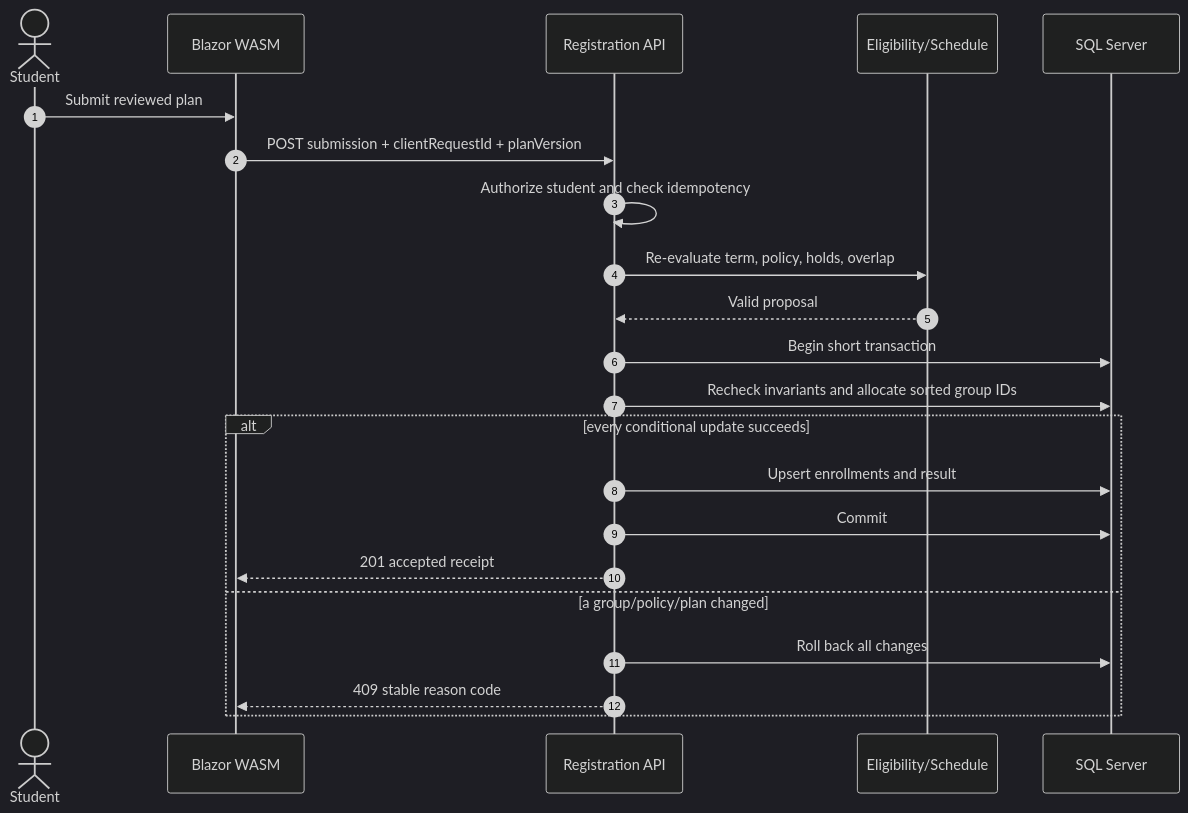
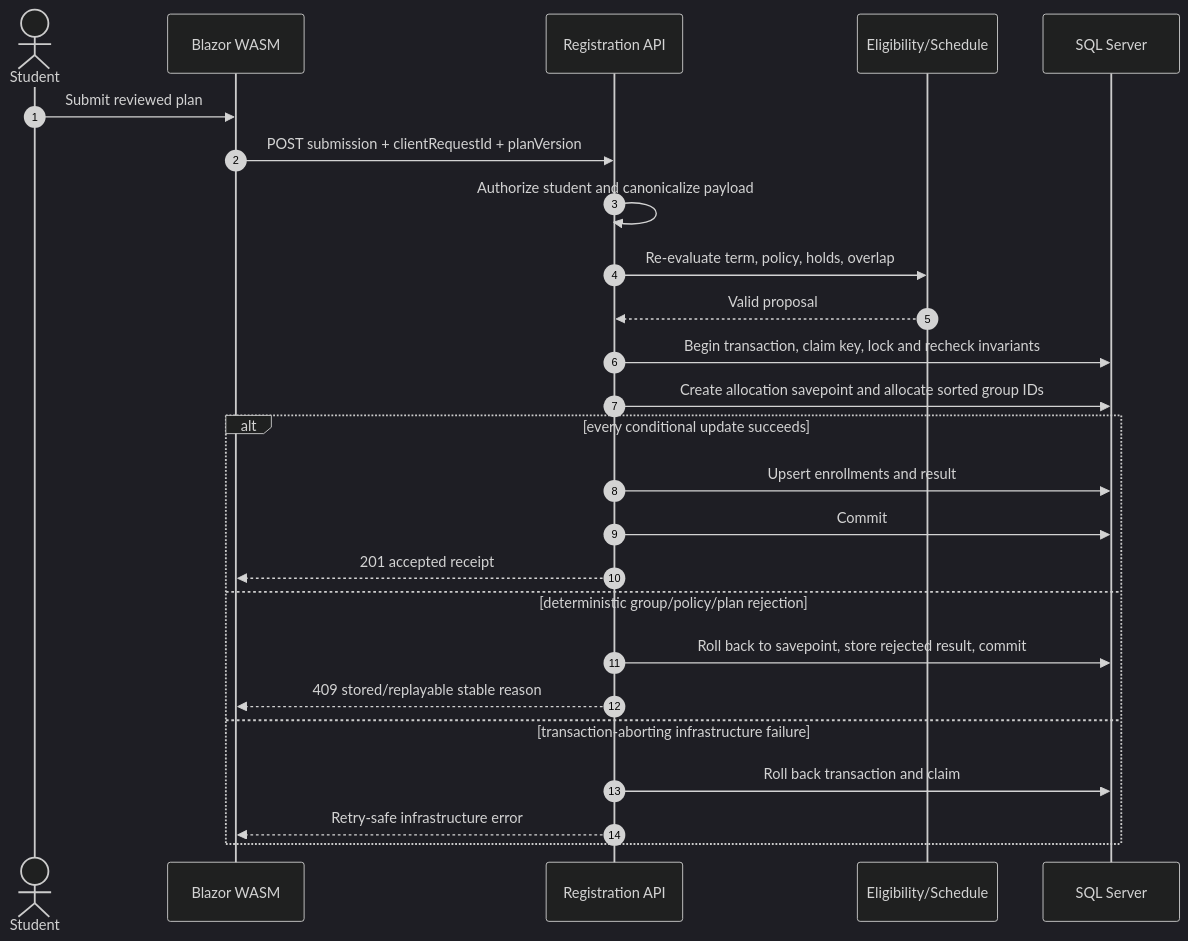
Before and after one commit to ahmedelbamby-aast/Student-Registeration-System: the second of 3 diagrams in docs/ARCHITECTURE.md, drawn with Mermaid (dark theme). The commit also changed other lines of this file and 189 other files, not shown here.

````diff
--- a/docs/ARCHITECTURE.md
+++ b/docs/ARCHITECTURE.md
@@ -199,25 +200,28 @@
 ```mermaid
 sequenceDiagram
   autonumber
   actor Student
   participant UI as Blazor WASM
   participant API as Registration API
   participant Rules as Eligibility/Schedule
   participant DB as SQL Server
 
   Student->>UI: Submit reviewed plan
   UI->>API: POST submission + clientRequestId + planVersion
-  API->>API: Authorize student and check idempotency
+  API->>API: Authorize student and canonicalize payload
   API->>Rules: Re-evaluate term, policy, holds, overlap
   Rules-->>API: Valid proposal
-  API->>DB: Begin short transaction
-  API->>DB: Recheck invariants and allocate sorted group IDs
+  API->>DB: Begin transaction, claim key, lock and recheck invariants
+  API->>DB: Create allocation savepoint and allocate sorted group IDs
   alt every conditional update succeeds
     API->>DB: Upsert enrollments and result
     API->>DB: Commit
     API-->>UI: 201 accepted receipt
-  else a group/policy/plan changed
-    API->>DB: Roll back all changes
-    API-->>UI: 409 stable reason code
+  else deterministic group/policy/plan rejection
+    API->>DB: Roll back to savepoint, store rejected result, commit
+    API-->>UI: 409 stored/replayable stable reason
+  else transaction-aborting infrastructure failure
+    API->>DB: Roll back transaction and claim
+    API-->>UI: Retry-safe infrastructure error
   end
 ```
````
